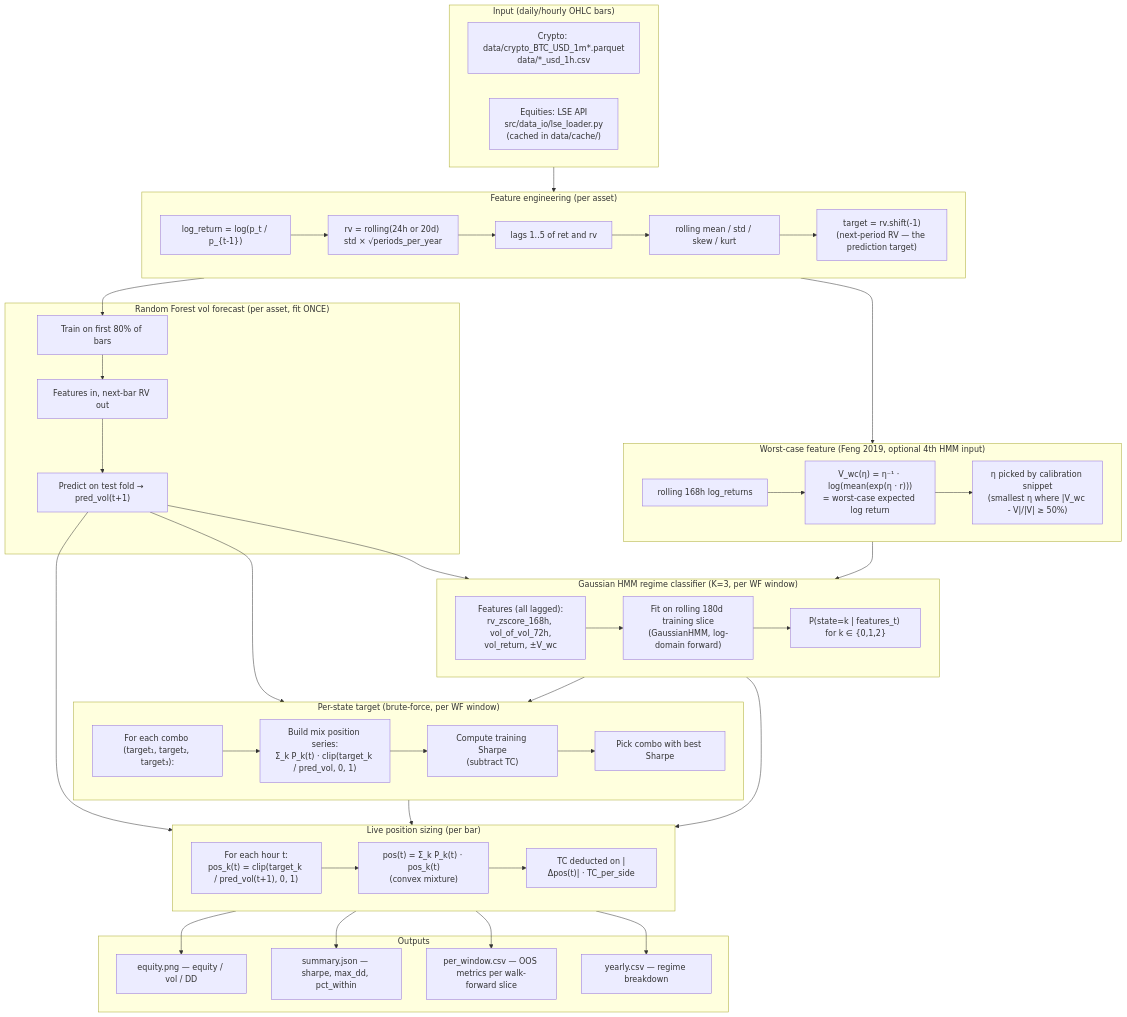
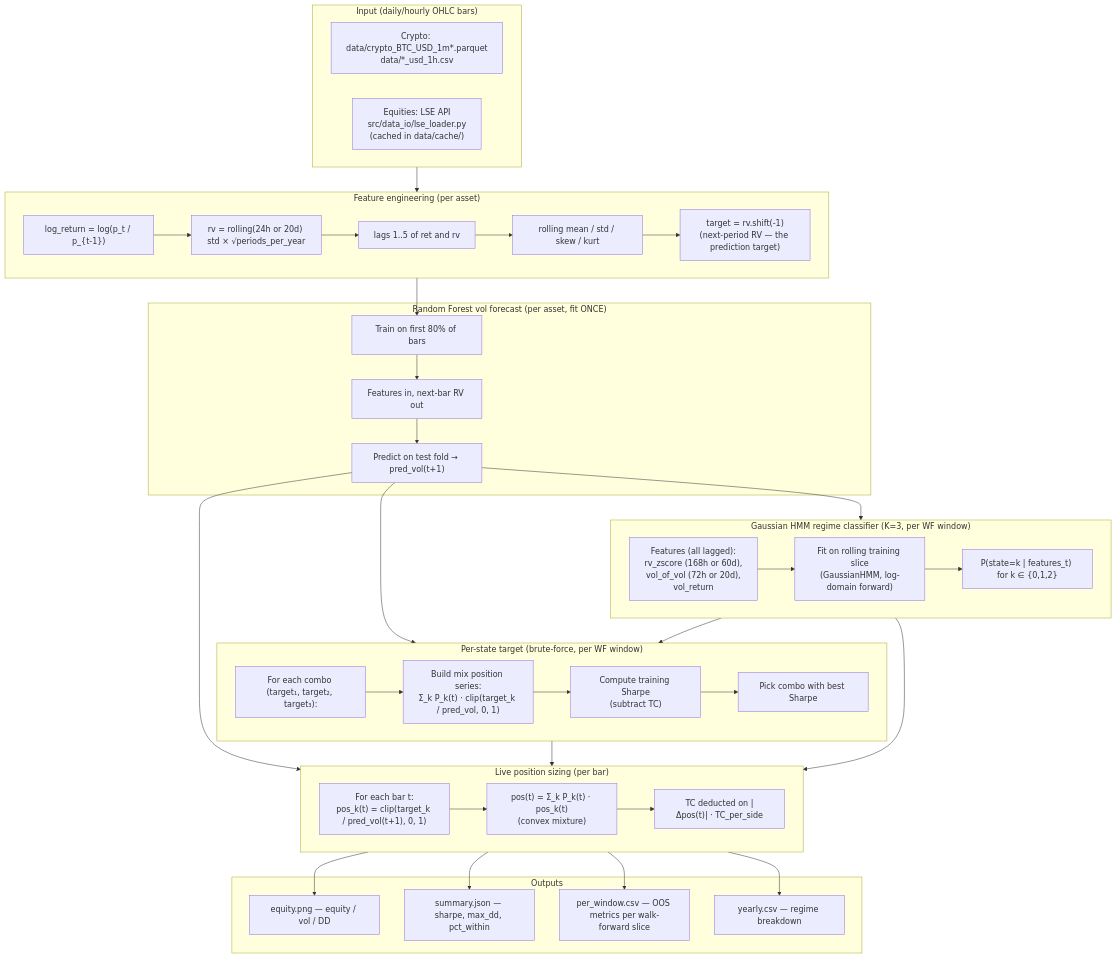
One commit to DavidVossebuerger/Regime-Conditional-Vol-Targeting changed the first of 2 diagrams in docs/architecture.md. Above: the diagram before and after it, drawn with Mermaid. The commit also changed other lines of this file and 15 other files, not shown here.

First line of the commit message:
Remove thermodynamic worst-case feature (Feng 2019)

```diff
--- a/docs/architecture.md
+++ b/docs/architecture.md
@@ -37,28 +38,16 @@
 
     F5 --> RF1
 
-    %% --- Worst-case feature (V_wc, optional) ---
-    subgraph WC["Worst-case feature (Feng 2019, optional 4th HMM input)"]
-        direction LR
-        WC1["rolling 168h log_returns"]
-        WC2["V_wc(η) = η⁻¹ · log(mean(exp(η · r)))<br/>= worst-case expected log return"]
-        WC3["η picked by calibration snippet<br/>(smallest η where |V_wc - V|/|V| ≥ 50%)"]
-        WC1 --> WC2 --> WC3
-    end
-
-    F5 --> WC1
-
     %% --- HMM regime classifier ---
     subgraph HMM["Gaussian HMM regime classifier (K=3, per WF window)"]
         direction LR
-        HMM_IN["Features (all lagged):<br/>rv_zscore_168h, vol_of_vol_72h,<br/>vol_return, ±V_wc"]
-        HMM_FIT["Fit on rolling 180d training slice<br/>(GaussianHMM, log-domain forward)"]
+        HMM_IN["Features (all lagged):<br/>rv_zscore (168h or 60d),<br/>vol_of_vol (72h or 20d),<br/>vol_return"]
+        HMM_FIT["Fit on rolling training slice<br/>(GaussianHMM, log-domain forward)"]
         HMM_OUT["P(state=k | features_t) for k ∈ {0,1,2}"]
         HMM_IN --> HMM_FIT --> HMM_OUT
     end
 
     RF3 --> HMM_IN
-    WC3 --> HMM_IN
 
     %% --- Per-state target (offline, walk-forward) ---
     subgraph TARGET["Per-state target (brute-force, per WF window)"]
@@ -76,7 +65,7 @@
     %% --- Live position (test fold) ---
     subgraph LIVE["Live position sizing (per bar)"]
         direction LR
-        L1["For each hour t:<br/>pos_k(t) = clip(target_k / pred_vol(t+1), 0, 1)"]
+        L1["For each bar t:<br/>pos_k(t) = clip(target_k / pred_vol(t+1), 0, 1)"]
         L2["pos(t) = Σ_k P_k(t) · pos_k(t)<br/>(convex mixture)"]
         L3["TC deducted on |Δpos(t)| · TC_per_side"]
         L1 --> L2 --> L3
```
